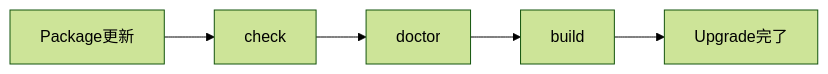
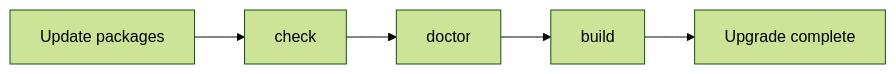
Before and after one commit to Rerurate514/riebeckite: the first of 4 diagrams in docs/docs/guides/upgrading.md, drawn with Mermaid (forest theme). The commit also changed other lines of this file and 604 other files, not shown here.

````diff
--- a/docs/docs/guides/upgrading.md
+++ b/docs/docs/guides/upgrading.md
@@ -73,13 +70,13 @@
 ```mermaid
 flowchart LR
-    Update["Package更新"]
+    Update["Update packages"]
     Check["check"]
     Doctor["doctor"]
     Build["build"]
-    Done["Upgrade完了"]
+    Done["Upgrade complete"]
 
     Update --> Check
     Check --> Doctor
     Doctor --> Build
     Build --> Done
 ```
````
